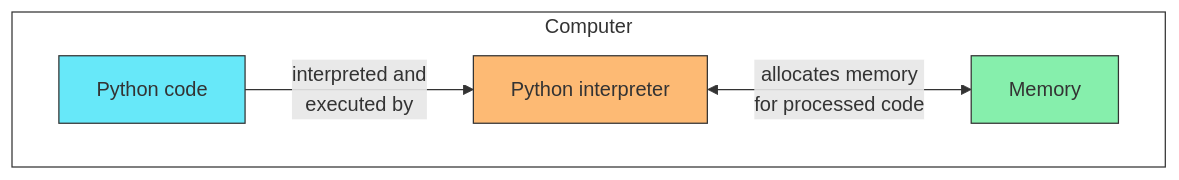
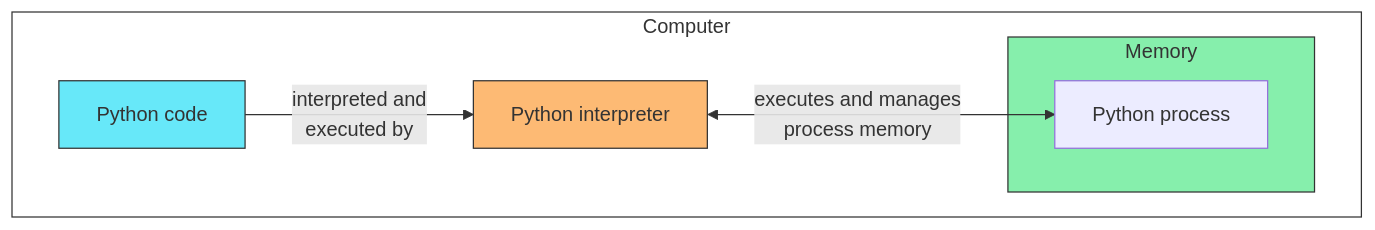
The sixth of 11 diagrams in _posts/2024-01-22-Python-Memory-Management-and-Troubleshooting.md (CU-DBMI/set-website), drawn with Mermaid before and after one commit. The commit also changed other lines of this file, not shown here.

Commit message:
add python process to other diagrams

````diff
--- a/_posts/2024-01-22-Python-Memory-Management-and-Troubleshooting.md
+++ b/_posts/2024-01-22-Python-Memory-Management-and-Troubleshooting.md
@@ -294,18 +294,20 @@
-```mermaid!
+```mermaid
 flowchart LR
 
 subgraph computer ["Computer"]
   direction LR
-  memory["Memory"]
+  subgraph memory["Memory"]
+    process["Python process"]
+  end
   code["Python code"]
   interpreter["Python interpreter"]
 end
 
 code --> |interpreted and\nexecuted by| interpreter
-interpreter <--> |allocates memory\nfor processed code| memory
+interpreter <--> |executes and manages\n process memory| process
 
 style computer fill:#fff,stroke:#333
 style memory fill:#86EFAC,stroke:#333
 style code fill:#67E8F9,stroke:#333;
 style interpreter fill:#FDBA74,stroke:#333;
 ```
````
